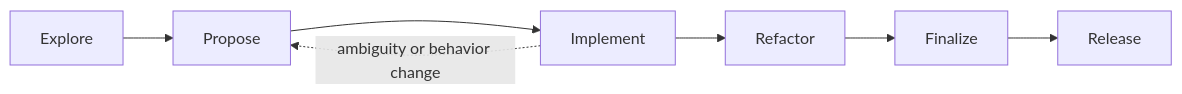
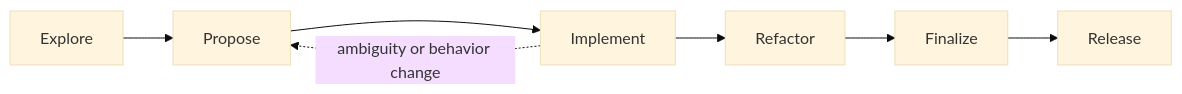
The diagram in AGENTS.md (LionelDraghi/ada-project-template), drawn with Mermaid before and after one commit. The commit also changed other lines of this file and 7 other files, not shown here.

````diff
--- a/AGENTS.md
+++ b/AGENTS.md
@@ -96,5 +75,9 @@
 ```mermaid
+---
+config:
+  theme: base
+---
 flowchart LR
     Explore --> Propose --> Implement --> Refactor --> Finalize --> Release
     Implement -.->|ambiguity or behavior change| Propose
 ```
````
